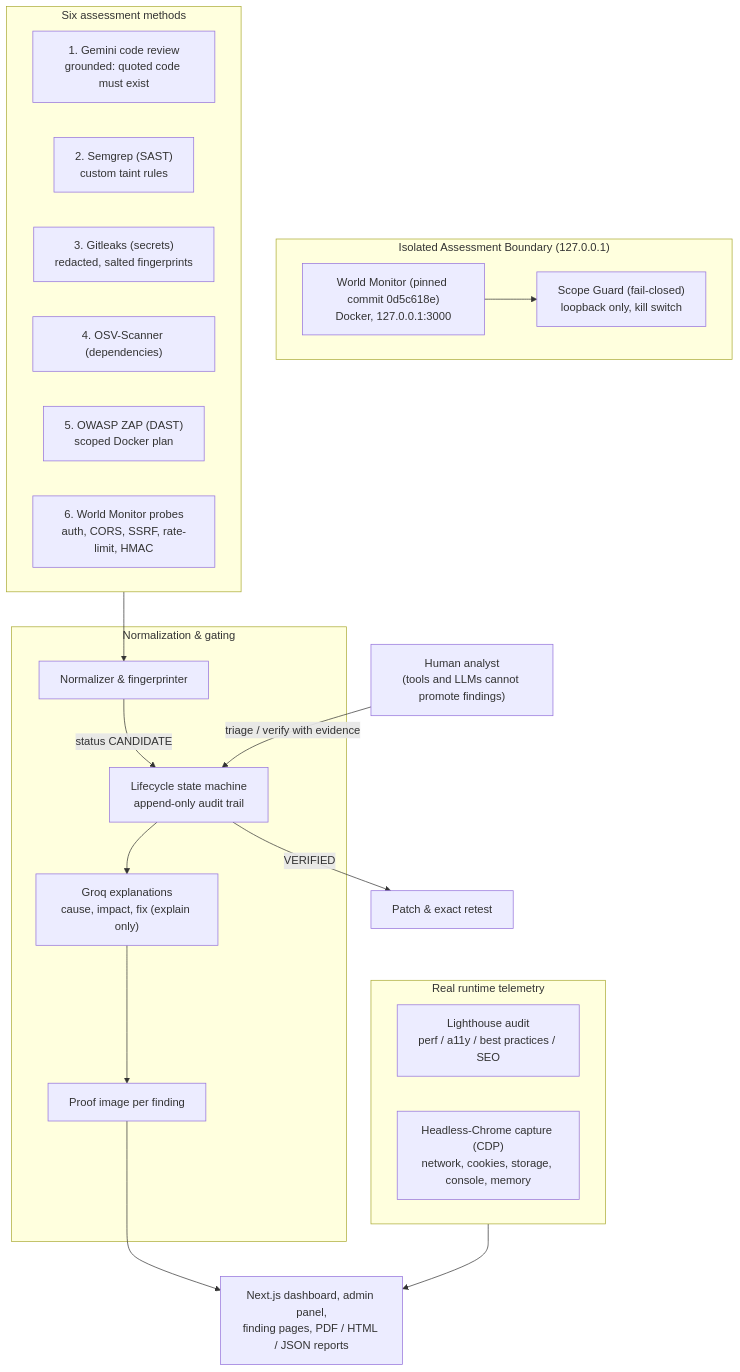
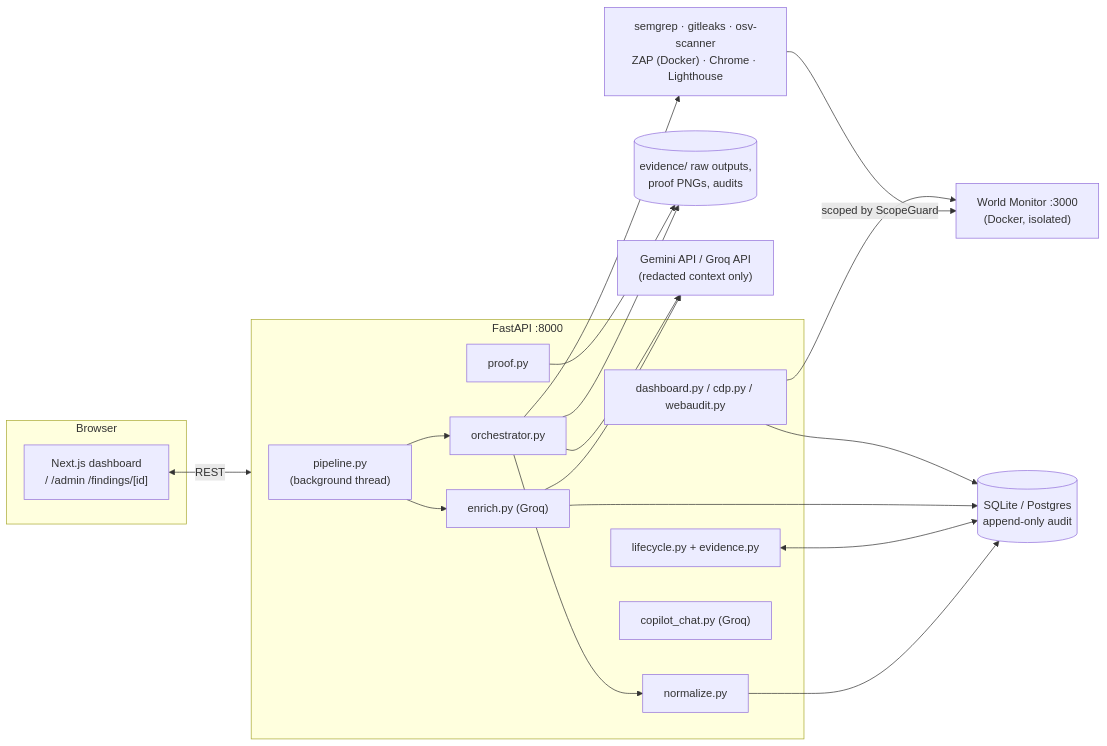
One commit to GautamJainoo/CyberEye-SIH changed the first of 4 diagrams in README.md. Above: the diagram before and after it, drawn with Mermaid. The commit also changed other lines of this file, not shown here.

````diff
--- a/README.md
+++ b/README.md
@@ -19,39 +223,34 @@
 ```mermaid
-flowchart TD
-    subgraph Isolation ["Isolated Assessment Boundary (127.0.0.1)"]
-        TargetApp["World Monitor (pinned commit 0d5c618e)<br/>Docker, 127.0.0.1:3000"]
-        ScopeGuard["Scope Guard (fail-closed)<br/>loopback only, kill switch"]
+flowchart LR
+    subgraph Browser
+      UI["Next.js dashboard<br/>/  /admin  /findings/[id]"]
     end
+    subgraph API["FastAPI :8000"]
+      PIPE["pipeline.py<br/>(background thread)"]
+      ORCH["orchestrator.py"]
+      NORM["normalize.py"]
+      LIFE["lifecycle.py + evidence.py"]
+      ENR["enrich.py (Groq)"]
+      PROOF["proof.py"]
+      DASH["dashboard.py / cdp.py / webaudit.py"]
+      COP["copilot_chat.py (Groq)"]
+    end
+    DB[("SQLite / Postgres<br/>append-only audit")]
+    FS[("evidence/ raw outputs,<br/>proof PNGs, audits")]
+    TGT["World Monitor :3000<br/>(Docker, isolated)"]
+    EXT["Gemini API / Groq API<br/>(redacted context only)"]
+    TOOLS["semgrep · gitleaks · osv-scanner<br/>ZAP (Docker) · Chrome · Lighthouse"]
 
-    subgraph Methods ["Six assessment methods"]
-        Review["1. Gemini code review<br/>grounded: quoted code must exist"]
-        SAST["2. Semgrep (SAST)<br/>custom taint rules"]
-        Secrets["3. Gitleaks (secrets)<br/>redacted, salted fingerprints"]
-        SCA["4. OSV-Scanner (dependencies)"]
-        DAST["5. OWASP ZAP (DAST)<br/>scoped Docker plan"]
-        Probes["6. World Monitor probes<br/>auth, CORS, SSRF, rate-limit, HMAC"]
-    end
-
-    subgraph Telemetry ["Real runtime telemetry"]
-        Lighthouse["Lighthouse audit<br/>perf / a11y / best practices / SEO"]
-        CDP["Headless-Chrome capture (CDP)<br/>network, cookies, storage, console, memory"]
-    end
-
-    subgraph Pipeline ["Normalization & gating"]
-        Normalizer["Normalizer & fingerprinter"]
-        Lifecycle["Lifecycle state machine<br/>append-only audit trail"]
-        Groq["Groq explanations<br/>cause, impact, fix (explain only)"]
-        Proof["Proof image per finding"]
-    end
-
-    Analyst["Human analyst<br/>(tools and LLMs cannot promote findings)"]
-    UI["Next.js dashboard, admin panel,<br/>finding pages, PDF / HTML / JSON reports"]
-
-    TargetApp --> ScopeGuard
-    Methods --> Normalizer
-    Normalizer -->|status CANDIDATE| Lifecycle
-    Lifecycle --> Groq --> Proof --> UI
-    Telemetry --> UI
-    Analyst -->|triage / verify with evidence| Lifecycle
-    Lifecycle -->|VERIFIED| Patch["Patch & exact retest"]
+    UI <-->|REST| API
+    PIPE --> ORCH --> TOOLS
+    TOOLS -->|scoped by ScopeGuard| TGT
+    ORCH --> NORM --> DB
+    LIFE <--> DB
+    ORCH --> FS
+    PIPE --> ENR --> EXT
+    ORCH --> EXT
+    ENR --> DB
+    PROOF --> FS
+    DASH --> TGT
+    DASH --> DB
 ```
````
